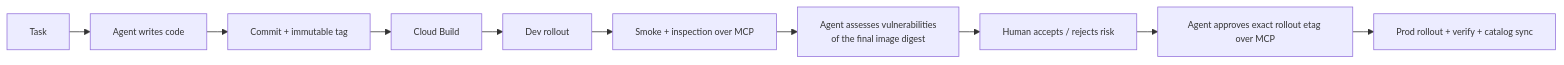
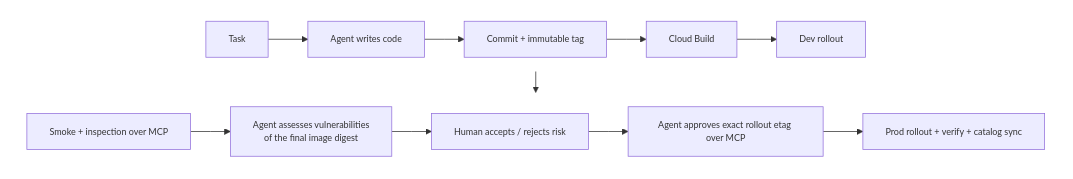
The eighth of 10 diagrams in README.md (pilprod/yourown-chat), drawn with Mermaid before and after one commit. The commit also changed other lines of this file and 66 other files, not shown here.

````diff
--- a/README.md
+++ b/README.md
@@ -712,13 +710,24 @@
 ```mermaid
 %%{init: {"flowchart": {"nodeSpacing": 18, "rankSpacing": 28, "curve": "linear"}, "themeVariables": {"fontSize": "12px"}}}%%
-flowchart LR
-  T["Task"] --> C["Agent writes code"]
-  C --> G["Commit + immutable tag"]
-  G --> B["Cloud Build"]
-  B --> D["Dev rollout"]
-  D --> S["Smoke + inspection over MCP"]
-  S --> V["Agent assesses vulnerabilities<br/>of the final image digest"]
-  V --> H["Human accepts / rejects risk"]
-  H --> P["Agent approves exact rollout etag over MCP"]
-  P --> R["Prod rollout + verify + catalog sync"]
+flowchart TB
+  subgraph delivery_top[" "]
+    direction LR
+    T["Task"] --> C["Agent writes code"]
+    C --> G["Commit + immutable tag"]
+    G --> B["Cloud Build"]
+    B --> D["Dev rollout"]
+  end
+
+  subgraph delivery_bottom[" "]
+    direction LR
+    S["Smoke + inspection over MCP"]
+    S --> V["Agent assesses vulnerabilities<br/>of the final image digest"]
+    V --> H["Human accepts / rejects risk"]
+    H --> P["Agent approves exact rollout etag over MCP"]
+    P --> R["Prod rollout + verify + catalog sync"]
+  end
+
+  delivery_top --> delivery_bottom
+  style delivery_top fill:none,stroke:none
+  style delivery_bottom fill:none,stroke:none
 ```
````
